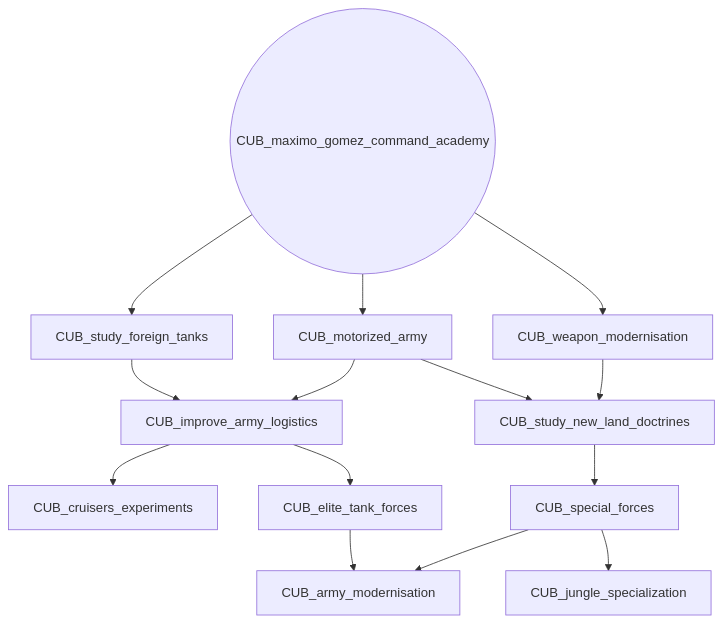
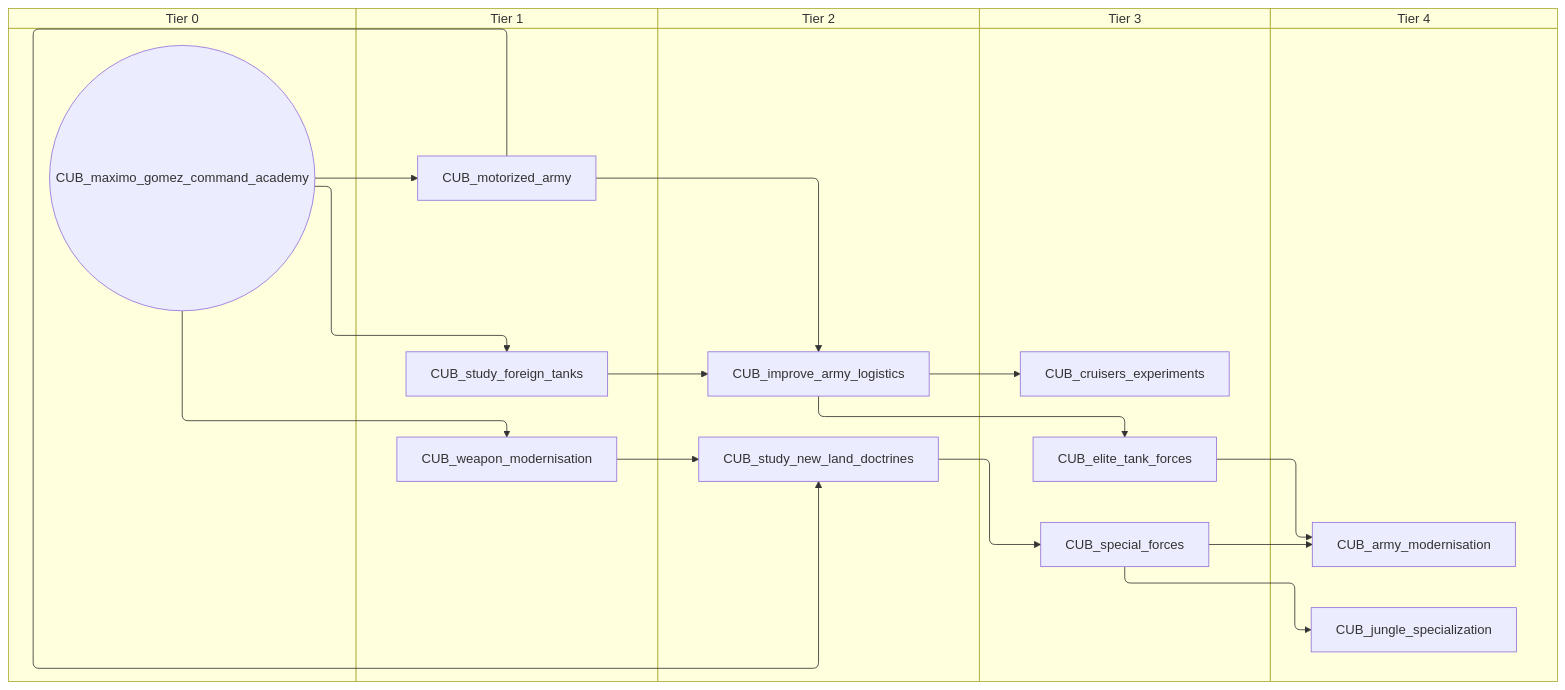
The third of 5 diagrams in docs/gdd/National Focuses/r56/Cuba.md (evgeny-sobol/hoi4-sandbox-mode-r56), drawn with Mermaid before and after one commit. The commit also changed other lines of this file and 423 other files, not shown here.

First line of the commit message:
Re-export Rt56 focus trees as swimlane diagrams

````diff
--- a/docs/gdd/National Focuses/r56/Cuba.md
+++ b/docs/gdd/National Focuses/r56/Cuba.md
@@ -65,27 +87,37 @@
 ```mermaid
-flowchart TD
-    n20["CUB_army_modernisation"]
-    n21["CUB_cruisers_experiments"]
-    n22["CUB_elite_tank_forces"]
-    n23["CUB_improve_army_logistics"]
-    n24["CUB_jungle_specialization"]
-    n25(("CUB_maximo_gomez_command_academy"))
-    n26["CUB_motorized_army"]
-    n27["CUB_special_forces"]
-    n28["CUB_study_foreign_tanks"]
-    n29["CUB_study_new_land_doctrines"]
-    n30["CUB_weapon_modernisation"]
-    n22 --> n20
-    n27 --> n20
-    n23 --> n21
-    n23 --> n22
-    n28 --> n23
-    n26 --> n23
-    n27 --> n24
-    n25 --> n26
-    n29 --> n27
+swimlane-beta TD
+    subgraph tier_0["Tier 0"]
+        n20(("CUB_maximo_gomez_command_academy"))
+    end
+    subgraph tier_1["Tier 1"]
+        n21["CUB_motorized_army"]
+        n22["CUB_study_foreign_tanks"]
+        n23["CUB_weapon_modernisation"]
+    end
+    subgraph tier_2["Tier 2"]
+        n24["CUB_improve_army_logistics"]
+        n25["CUB_study_new_land_doctrines"]
+    end
+    subgraph tier_3["Tier 3"]
+        n26["CUB_cruisers_experiments"]
+        n27["CUB_elite_tank_forces"]
+        n28["CUB_special_forces"]
+    end
+    subgraph tier_4["Tier 4"]
+        n29["CUB_army_modernisation"]
+        n30["CUB_jungle_specialization"]
+    end
+    n27 --> n29
+    n28 --> n29
+    n24 --> n26
+    n24 --> n27
+    n22 --> n24
+    n21 --> n24
+    n28 --> n30
+    n20 --> n21
     n25 --> n28
-    n26 --> n29
-    n30 --> n29
-    n25 --> n30
+    n20 --> n22
+    n21 --> n25
+    n23 --> n25
+    n20 --> n23
 ```
````
